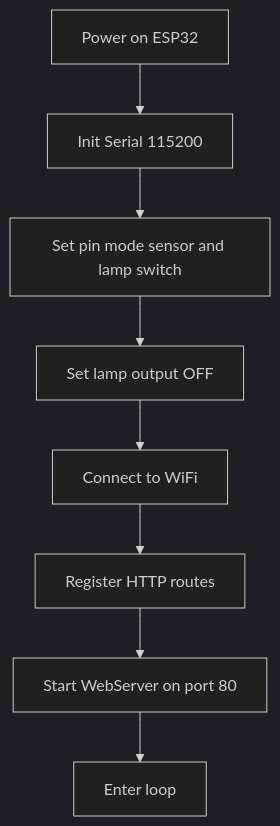
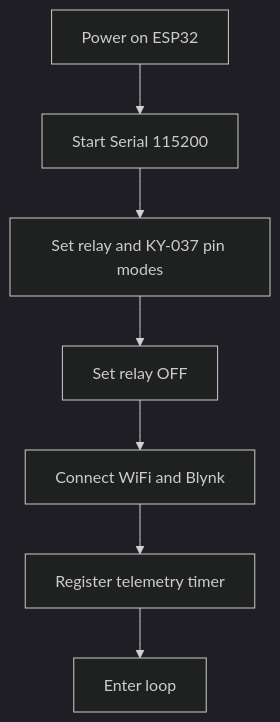
One commit to fatidaprilian/ClapControl-IoT changed the first of 3 diagrams in docs/flow-overview.md. Above: the diagram before and after it, drawn with Mermaid (dark theme). The commit also changed other lines of this file and 18 other files, not shown here.

````diff
--- a/docs/flow-overview.md
+++ b/docs/flow-overview.md
@@ -5,10 +5,9 @@
 ```mermaid
 flowchart TD
-  A[Power on ESP32] --> B[Init Serial 115200]
-  B --> C[Set pin mode sensor and lamp switch]
-  C --> D[Set lamp output OFF]
-  D --> E[Connect to WiFi]
-  E --> F[Register HTTP routes]
-  F --> G[Start WebServer on port 80]
-  G --> H[Enter loop]
+  A[Power on ESP32] --> B[Start Serial 115200]
+  B --> C[Set relay and KY-037 pin modes]
+  C --> D[Set relay OFF]
+  D --> E[Connect WiFi and Blynk]
+  E --> F[Register telemetry timer]
+  F --> G[Enter loop]
 ```
````
